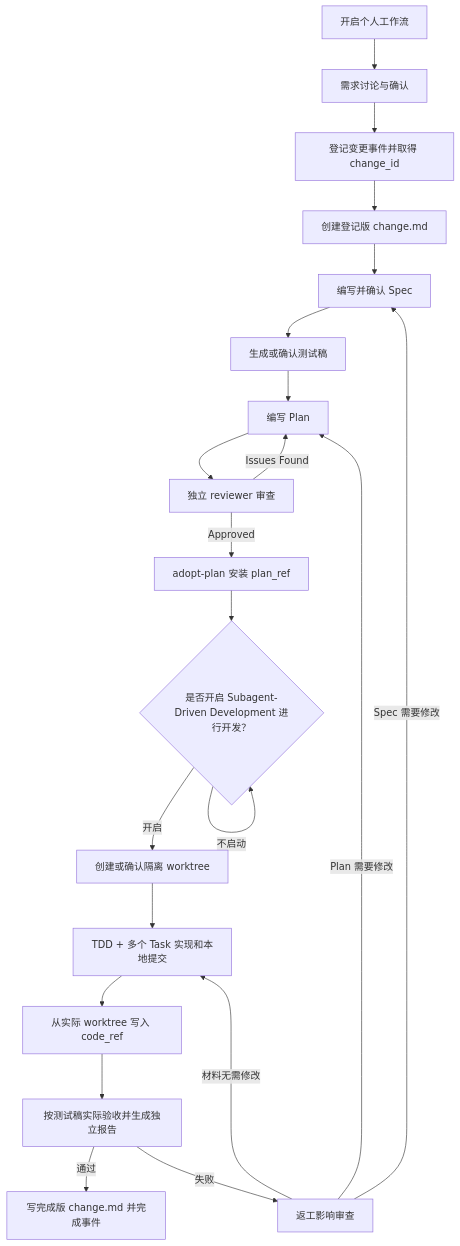
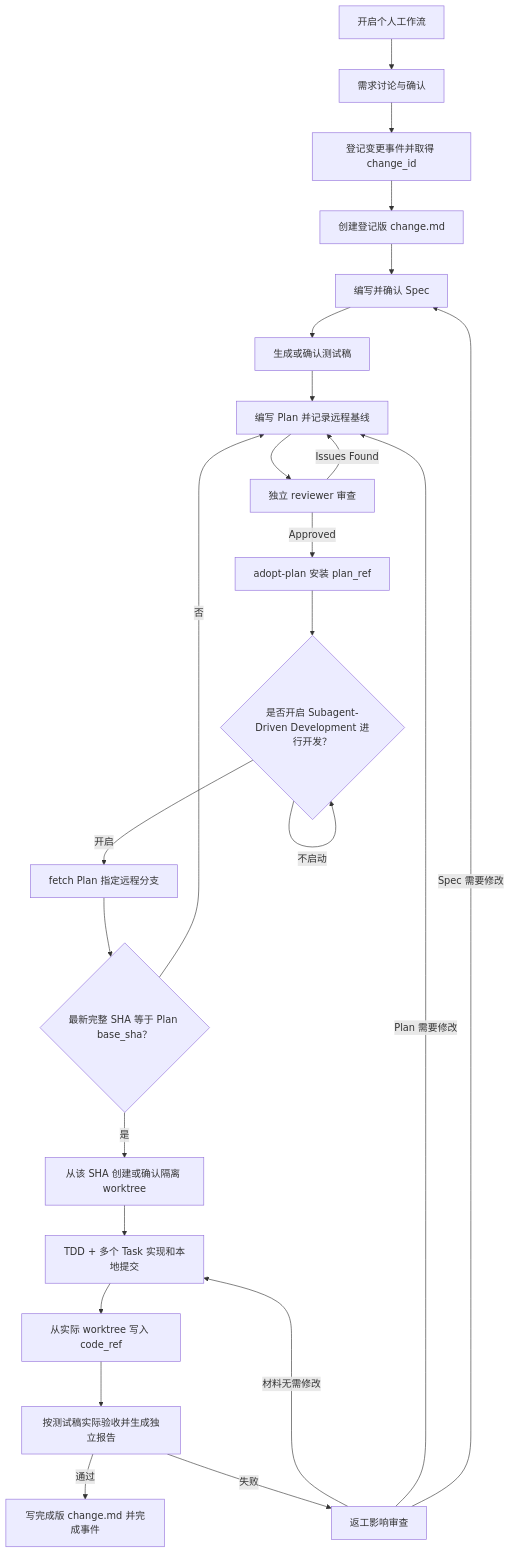
Before and after one commit to TheoEquity/personal-development-workflow: the diagram in README.md, drawn with Mermaid. The commit also changed other lines of this file and 5 other files, not shown here.

````diff
--- a/README.md
+++ b/README.md
@@ -19,23 +19,26 @@
 ```mermaid
 flowchart TD
     A["开启个人工作流"] --> B["需求讨论与确认"]
     B --> C["登记变更事件并取得 change_id"]
     C --> D["创建登记版 change.md"]
     D --> E["编写并确认 Spec"]
     E --> F["生成或确认测试稿"]
-    F --> G["编写 Plan"]
+    F --> G["编写 Plan 并记录远程基线"]
     G --> H["独立 reviewer 审查"]
     H -->|Issues Found| G
     H -->|Approved| I["adopt-plan 安装 plan_ref"]
     I --> J{"是否开启 Subagent-Driven Development 进行开发？"}
-    J -->|开启| K["创建或确认隔离 worktree"]
+    J -->|开启| Q["fetch Plan 指定远程分支"]
     J -->|不启动| J
+    Q --> R{"最新完整 SHA 等于 Plan base_sha？"}
+    R -->|否| G
+    R -->|是| K["从该 SHA 创建或确认隔离 worktree"]
     K --> L["TDD + 多个 Task 实现和本地提交"]
     L --> M["从实际 worktree 写入 code_ref"]
     M --> N["按测试稿实际验收并生成独立报告"]
     N -->|通过| O["写完成版 change.md 并完成事件"]
     N -->|失败| P["返工影响审查"]
     P -->|材料无需修改| L
     P -->|Plan 需要修改| G
     P -->|Spec 需要修改| E
 ```
````
